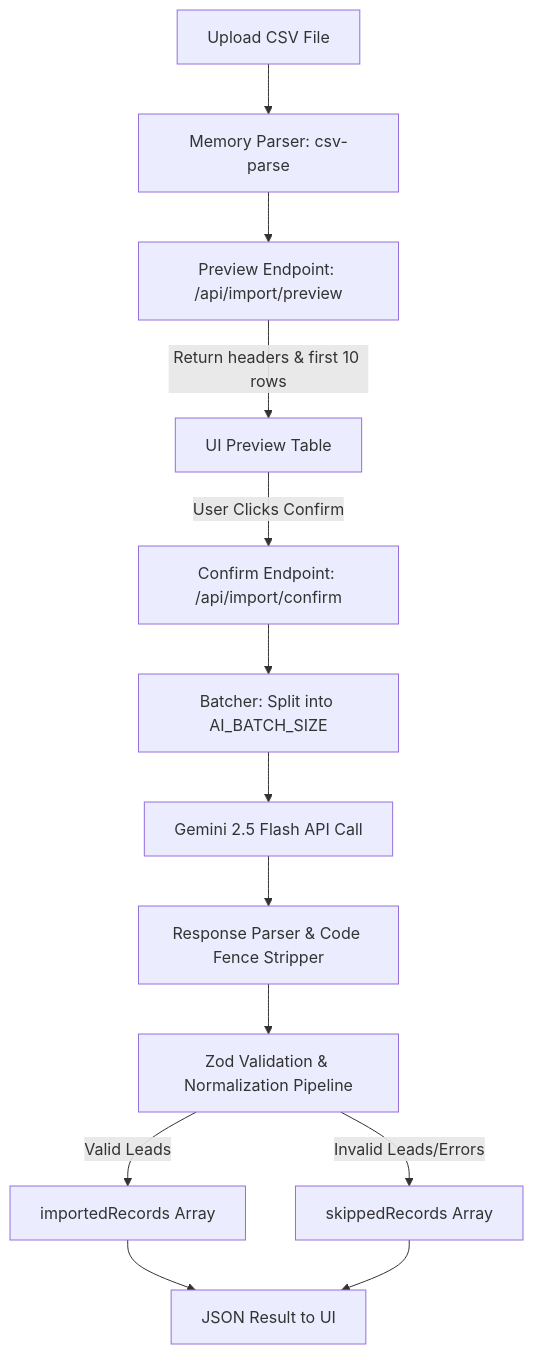
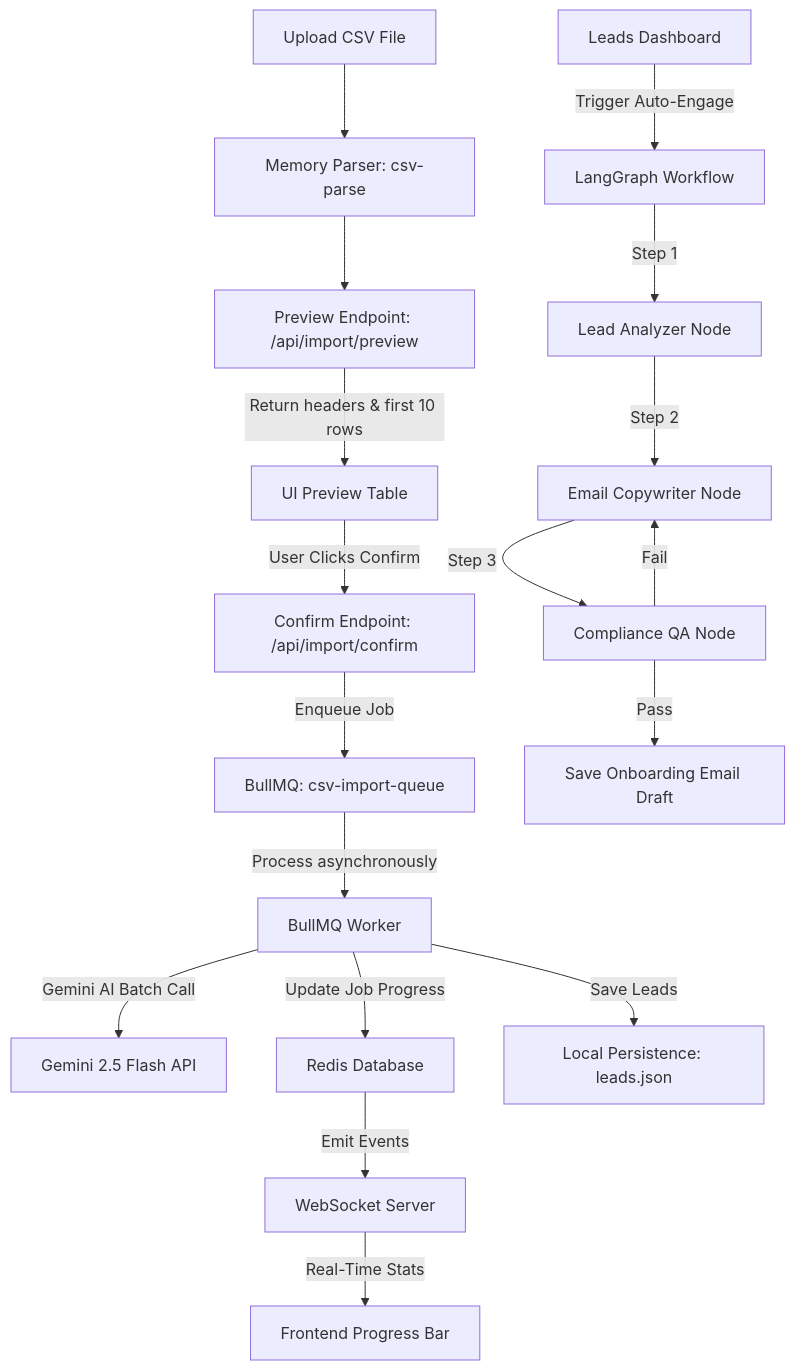
Before and after one commit to ethicalByte1443/AI-Driven-CRM-Data-Ingestion-System: the diagram in README.md, drawn with Mermaid. The commit also changed other lines of this file, not shown here.

Commit message:
docs: update README.md to document BullMQ task queues and LangGraph agent responders

````diff
--- a/README.md
+++ b/README.md
@@ -20,15 +27,21 @@
 ```mermaid
 graph TD
     A[Upload CSV File] --> B[Memory Parser: csv-parse]
     B --> C[Preview Endpoint: /api/import/preview]
     C -->|Return headers & first 10 rows| D[UI Preview Table]
     D -->|User Clicks Confirm| E[Confirm Endpoint: /api/import/confirm]
-    E --> F[Batcher: Split into AI_BATCH_SIZE]
-    F --> G[Gemini 2.5 Flash API Call]
-    G --> H[Response Parser & Code Fence Stripper]
-    H --> I[Zod Validation & Normalization Pipeline]
-    I -->|Valid Leads| J[importedRecords Array]
-    I -->|Invalid Leads/Errors| K[skippedRecords Array]
-    J --> L[JSON Result to UI]
-    K --> L
+    E -->|Enqueue Job| F[BullMQ: csv-import-queue]
+    F -->|Process asynchronously| G[BullMQ Worker]
+    G -->|Gemini AI Batch Call| H[Gemini 2.5 Flash API]
+    G -->|Update Job Progress| I[Redis Database]
+    I -->|Emit Events| J[WebSocket Server]
+    J -->|Real-Time Stats| K[Frontend Progress Bar]
+    G -->|Save Leads| L[Local Persistence: leads.json]
+    
+    M[Leads Dashboard] -->|Trigger Auto-Engage| N[LangGraph Workflow]
+    N -->|Step 1| O[Lead Analyzer Node]
+    O -->|Step 2| P[Email Copywriter Node]
+    P -->|Step 3| Q[Compliance QA Node]
+    Q -->|Fail| P
+    Q -->|Pass| R[Save Onboarding Email Draft]
 ```
````
